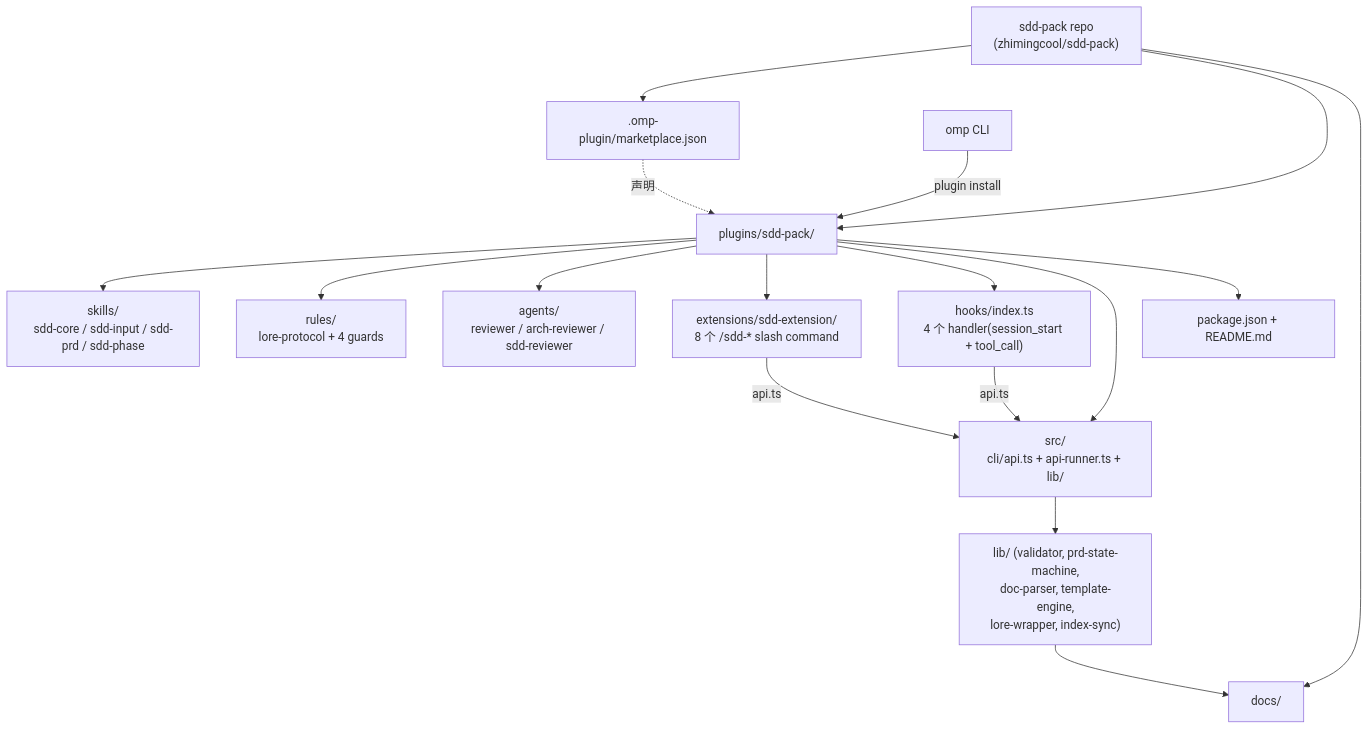
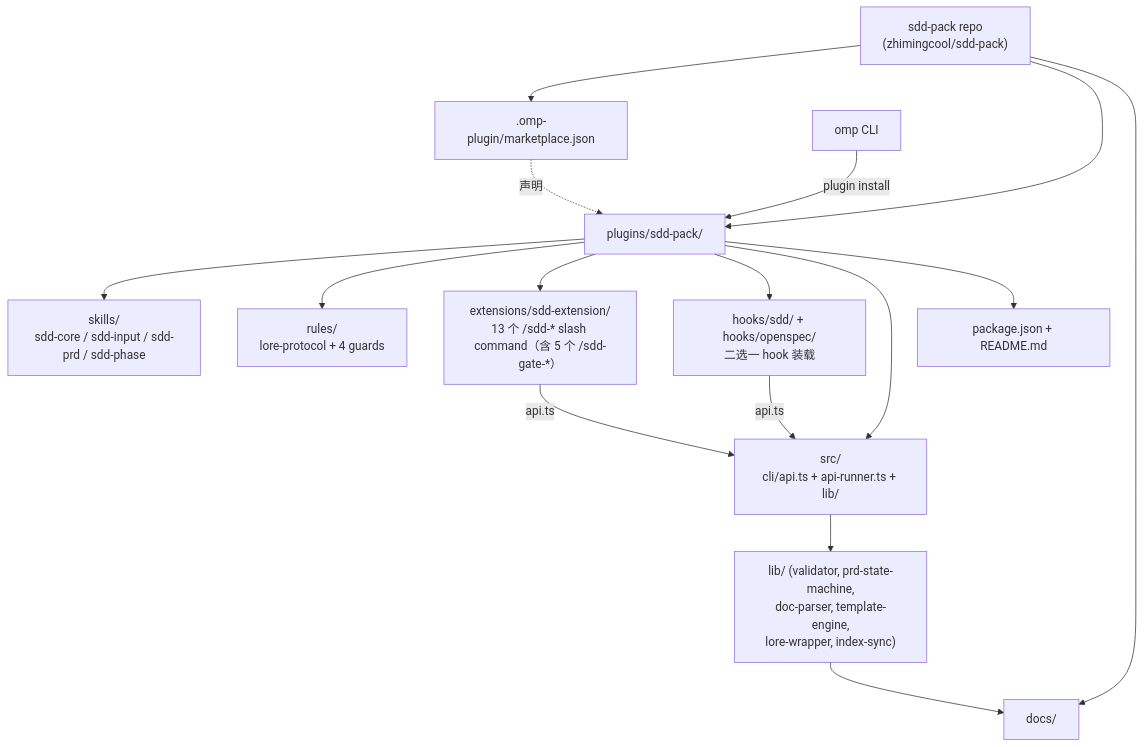
Before and after one commit to Norman-pong/sdd-pack: the first of 2 diagrams in docs/architecture/overview.md, drawn with Mermaid. The commit also changed other lines of this file and 30 other files, not shown here.

First line of the commit message:
feat: sdd-gate 门禁流水线 + 30 个预存类型错误修复 + tsconfig 引入

````diff
--- a/docs/architecture/overview.md
+++ b/docs/architecture/overview.md
@@ -27,22 +28,21 @@
 ```mermaid
 graph TB
     Repo["sdd-pack repo<br/>(zhimingcool/sdd-pack)"] --> Catalog[".omp-plugin/marketplace.json"]
     Repo --> Plugin["plugins/sdd-pack/"]
     Repo --> Docs["docs/"]
 
     Plugin --> Skills["skills/<br/>sdd-core / sdd-input / sdd-prd / sdd-phase"]
     Plugin --> Rules["rules/<br/>lore-protocol + 4 guards"]
-    Plugin --> Agents["agents/<br/>reviewer / arch-reviewer / sdd-reviewer"]
-    Plugin --> Ext["extensions/sdd-extension/<br/>8 个 /sdd-* slash command"]
-    Plugin --> Hooks["hooks/index.ts<br/>4 个 handler(session_start + tool_call)"]
+    Plugin --> Ext["extensions/sdd-extension/<br/>13 个 /sdd-* slash command（含 5 个 /sdd-gate-*）"]
+    Plugin --> Hooks["hooks/sdd/ + hooks/openspec/<br/>二选一 hook 装载"]
     Plugin --> Src["src/<br/>cli/api.ts + api-runner.ts + lib/"]
     Plugin --> Manifest["package.json + README.md"]
 
     Catalog -.声明.-> Plugin
     OMP["omp CLI"] -->|plugin install| Plugin
 
     Ext -->|api.ts| Src
     Hooks -->|api.ts| Src
     Src --> Lib["lib/ (validator, prd-state-machine,<br/>doc-parser, template-engine,<br/>lore-wrapper, index-sync)"]
     Lib --> Docs
 ```
````
